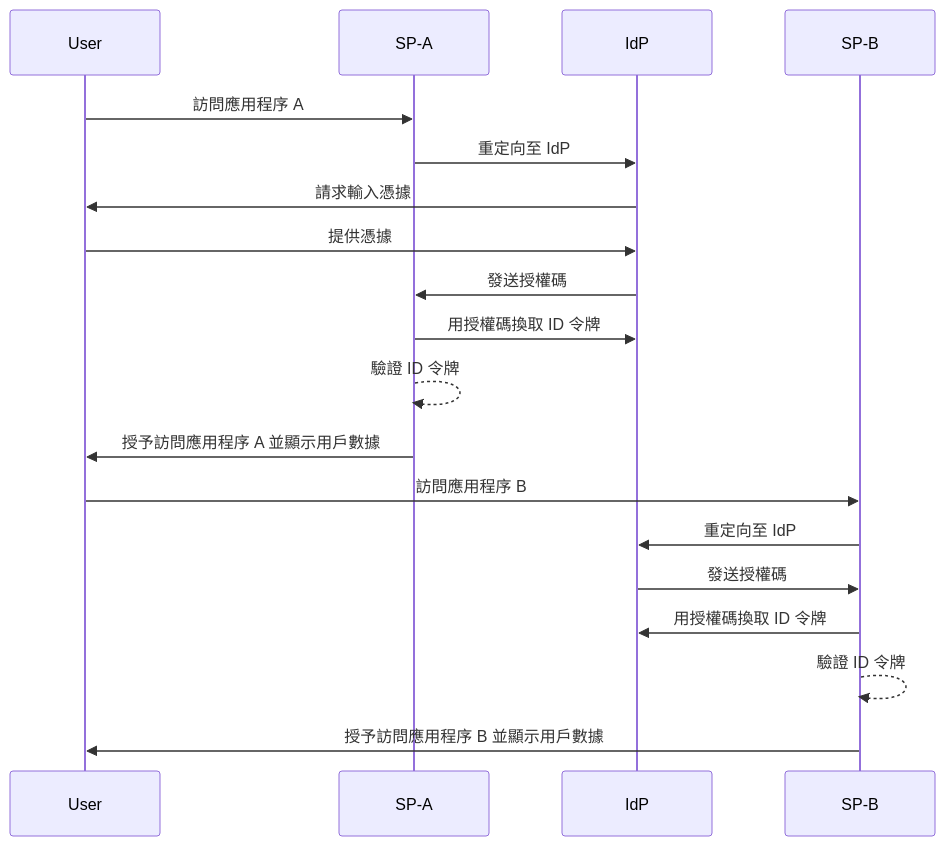
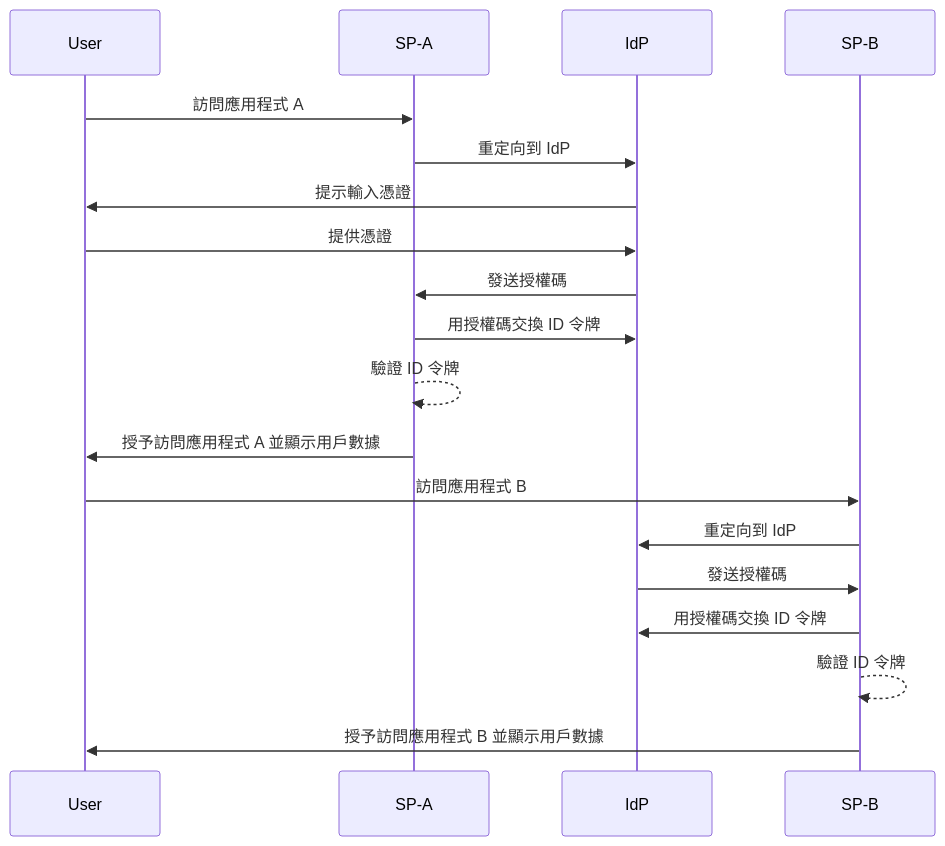
The second of 2 diagrams in src/content/terms/zh-Hant/single-sign-on.mdx (logto-io/auth-wiki), drawn with Mermaid before and after one commit. The commit also changed other lines of this file and 8 other files, not shown here.

````diff
--- a/src/content/terms/zh-Hant/single-sign-on.mdx
+++ b/src/content/terms/zh-Hant/single-sign-on.mdx
@@ -54,22 +56,22 @@
 ```mermaid
 sequenceDiagram
     participant User
     participant SP-A
     participant IdP
     participant SP-B
 
-    User->>SP-A: 訪問應用程序 A
-    SP-A->>IdP: 重定向至 IdP
-    IdP->>User: 請求輸入憑據
-    User->>IdP: 提供憑據
+    User->>SP-A: 訪問應用程式 A
+    SP-A->>IdP: 重定向到 IdP
+    IdP->>User: 提示輸入憑證
+    User->>IdP: 提供憑證
     IdP->>SP-A: 發送授權碼
-    SP-A->>IdP: 用授權碼換取 ID 令牌
+    SP-A->>IdP: 用授權碼交換 ID 令牌
     SP-A-->>SP-A: 驗證 ID 令牌
-    SP-A->>User: 授予訪問應用程序 A 並顯示用戶數據
-    User->>SP-B: 訪問應用程序 B
-    SP-B->>IdP: 重定向至 IdP
+    SP-A->>User: 授予訪問應用程式 A 並顯示用戶數據
+    User->>SP-B: 訪問應用程式 B
+    SP-B->>IdP: 重定向到 IdP
     IdP->>SP-B: 發送授權碼
-    SP-B->>IdP: 用授權碼換取 ID 令牌
+    SP-B->>IdP: 用授權碼交換 ID 令牌
     SP-B-->>SP-B: 驗證 ID 令牌
-    SP-B->>User: 授予訪問應用程序 B 並顯示用戶數據
+    SP-B->>User: 授予訪問應用程式 B 並顯示用戶數據
 ```
````
